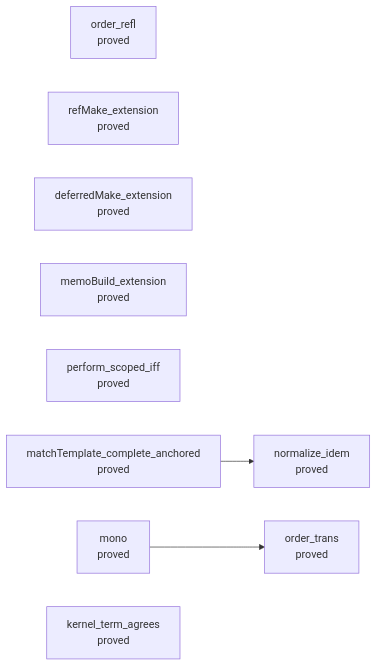
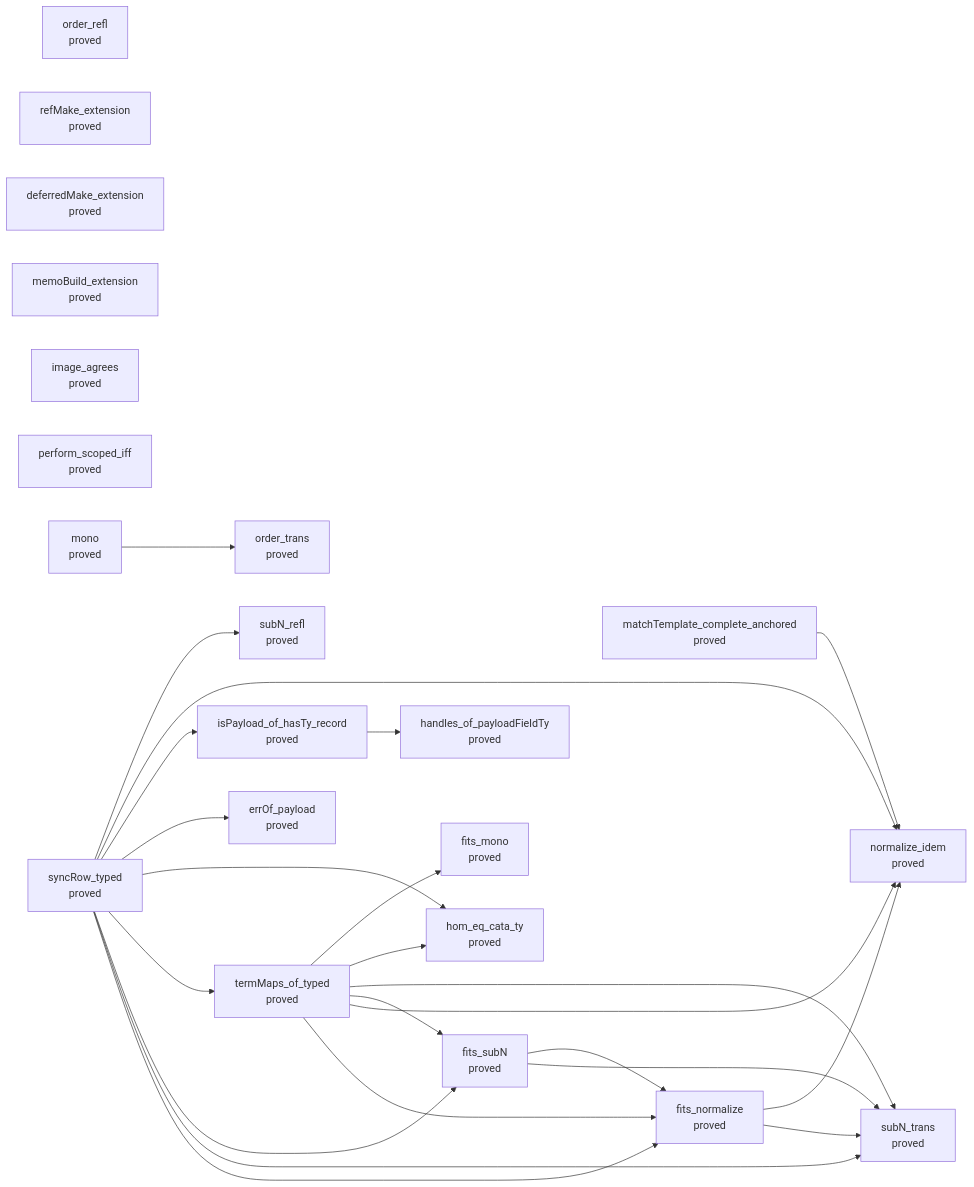
The fourth of 13 diagrams in generated/semantics.md (pure-algebra/lean4-effect4), drawn with Mermaid before and after one commit. The commit also changed other lines of this file and 11 other files, not shown here.

````diff
--- a/generated/semantics.md
+++ b/generated/semantics.md
@@ -1962,15 +1966,46 @@
 ```mermaid
 flowchart LR
   n0["order_refl<br/>proved"]
   n1["order_trans<br/>proved"]
   n2["refMake_extension<br/>proved"]
   n3["deferredMake_extension<br/>proved"]
   n4["memoBuild_extension<br/>proved"]
-  n5["perform_scoped_iff<br/>proved"]
-  n6["matchTemplate_complete_anchored<br/>proved"]
-  n7["mono<br/>proved"]
-  n8["kernel_term_agrees<br/>proved"]
-  n9["normalize_idem<br/>proved"]
-  n6 --> n9
-  n7 --> n1
+  n5["image_agrees<br/>proved"]
+  n6["perform_scoped_iff<br/>proved"]
+  n7["matchTemplate_complete_anchored<br/>proved"]
+  n8["mono<br/>proved"]
+  n9["syncRow_typed<br/>proved"]
+  n10["termMaps_of_typed<br/>proved"]
+  n11["normalize_idem<br/>proved"]
+  n12["fits_normalize<br/>proved"]
+  n13["subN_trans<br/>proved"]
+  n14["fits_subN<br/>proved"]
+  n15["hom_eq_cata_ty<br/>proved"]
+  n16["errOf_payload<br/>proved"]
+  n17["isPayload_of_hasTy_record<br/>proved"]
+  n18["subN_refl<br/>proved"]
+  n19["fits_mono<br/>proved"]
+  n20["handles_of_payloadFieldTy<br/>proved"]
+  n7 --> n11
+  n8 --> n1
+  n9 --> n12
+  n9 --> n13
+  n9 --> n14
+  n9 --> n10
+  n9 --> n15
+  n9 --> n16
+  n9 --> n17
+  n9 --> n11
+  n9 --> n18
+  n10 --> n12
+  n10 --> n11
+  n10 --> n14
+  n10 --> n13
+  n10 --> n15
+  n10 --> n19
+  n12 --> n13
+  n12 --> n11
+  n14 --> n13
+  n14 --> n12
+  n17 --> n20
 ```
````
